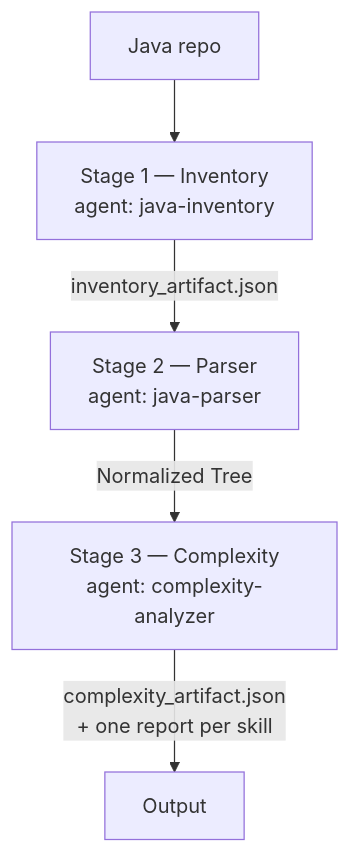
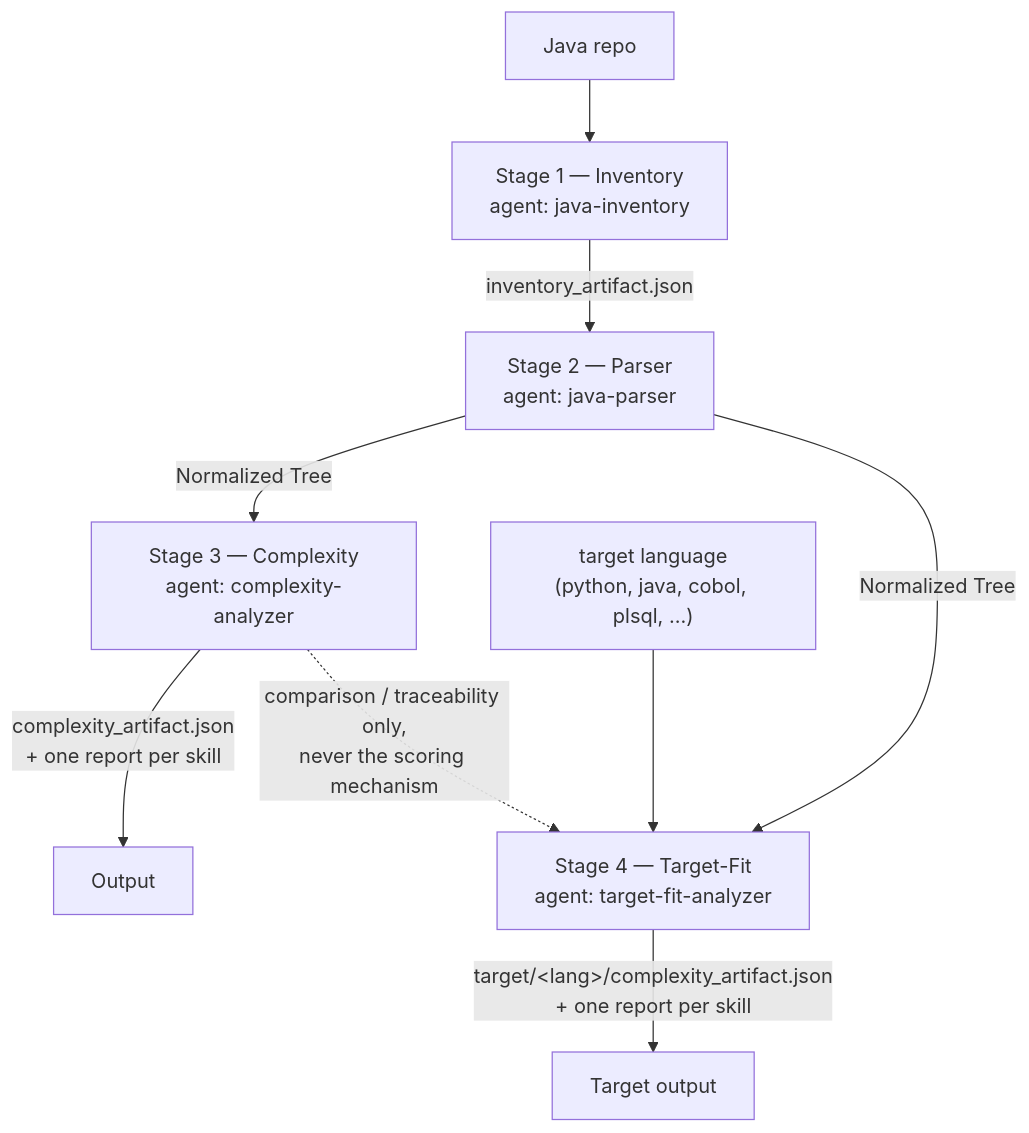
One commit to KrishnaAnnavaram/adaptive-legacy-code-complexity-harness changed the diagram in README.md. Above: the diagram before and after it, drawn with Mermaid. The commit also changed other lines of this file and 61 other files, not shown here.

````diff
--- a/README.md
+++ b/README.md
@@ -39,7 +40,11 @@
 ```mermaid
 flowchart TD
     R[Java repo] --> S1
     S1["Stage 1 — Inventory\nagent: java-inventory"] -->|inventory_artifact.json| S2
     S2["Stage 2 — Parser\nagent: java-parser"] -->|Normalized Tree| S3
     S3["Stage 3 — Complexity\nagent: complexity-analyzer"] -->|complexity_artifact.json\n+ one report per skill| OUT[Output]
+    S2 -->|Normalized Tree| S4
+    TL["target language\n(python, java, cobol, plsql, ...)"] --> S4
+    S4["Stage 4 — Target-Fit\nagent: target-fit-analyzer"] -->|target/&lt;lang&gt;/complexity_artifact.json\n+ one report per skill| OUT2[Target output]
+    S3 -.->|comparison / traceability only,\nnever the scoring mechanism| S4
 ```
````
